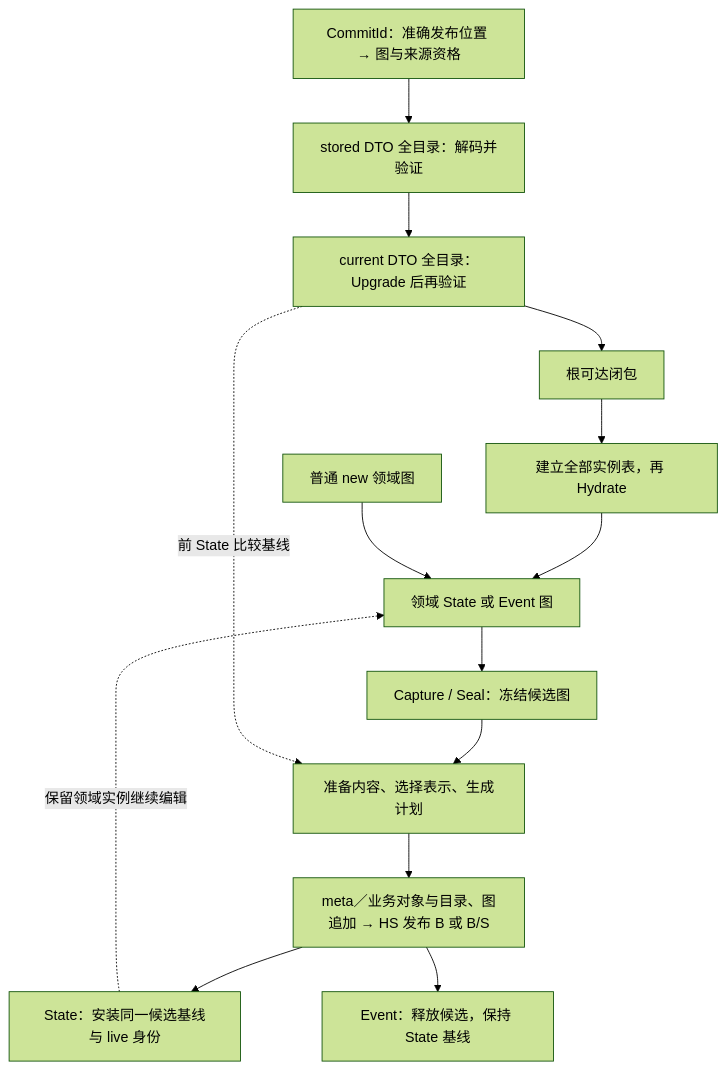
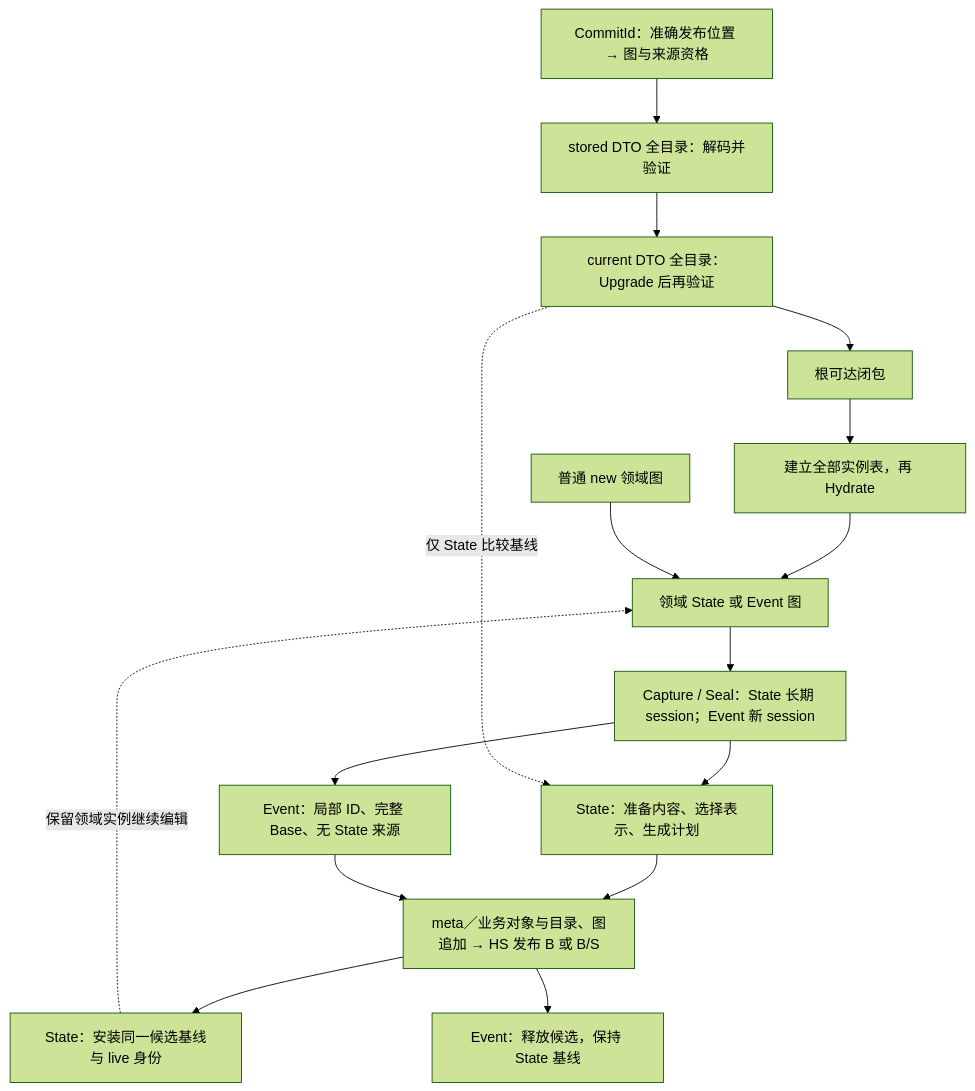
Before and after one commit to Atelia-org/durable-graph: the diagram in docs/DurableGraph-glossary.md, drawn with Mermaid (forest theme). The commit also changed other lines of this file and 114 other files, not shown here.

Commit message:
refactor: persist Events as independent complete graphs

````diff
--- a/docs/DurableGraph-glossary.md
+++ b/docs/DurableGraph-glossary.md
@@ -89,16 +89,18 @@
 ```mermaid
 flowchart TD
     R["CommitId：准确发布位置 → 图与来源资格"] --> D["stored DTO 全目录：解码并验证"]
     D --> N["current DTO 全目录：Upgrade 后再验证"]
     N --> C["根可达闭包"]
     C --> A["建立全部实例表，再 Hydrate"]
     A --> W["领域 State 或 Event 图"]
     New["普通 new 领域图"] --> W
-    W --> F["Capture / Seal：冻结候选图"]
-    F --> P["准备内容、选择表示、生成计划"]
-    N -. "前 State 比较基线" .-> P
+    W --> F["Capture / Seal：State 长期 session；Event 新 session"]
+    F --> P["State：准备内容、选择表示、生成计划"]
+    F --> PE["Event：局部 ID、完整 Base、无 State 来源"]
+    N -. "仅 State 比较基线" .-> P
     P --> S["meta／业务对象与目录、图追加 → HS 发布 B 或 B/S"]
+    PE --> S
     S --> I["State：安装同一候选基线与 live 身份"]
     S --> E["Event：释放候选，保持 State 基线"]
     I -. "保留领域实例继续编辑" .-> W
 ```
````
